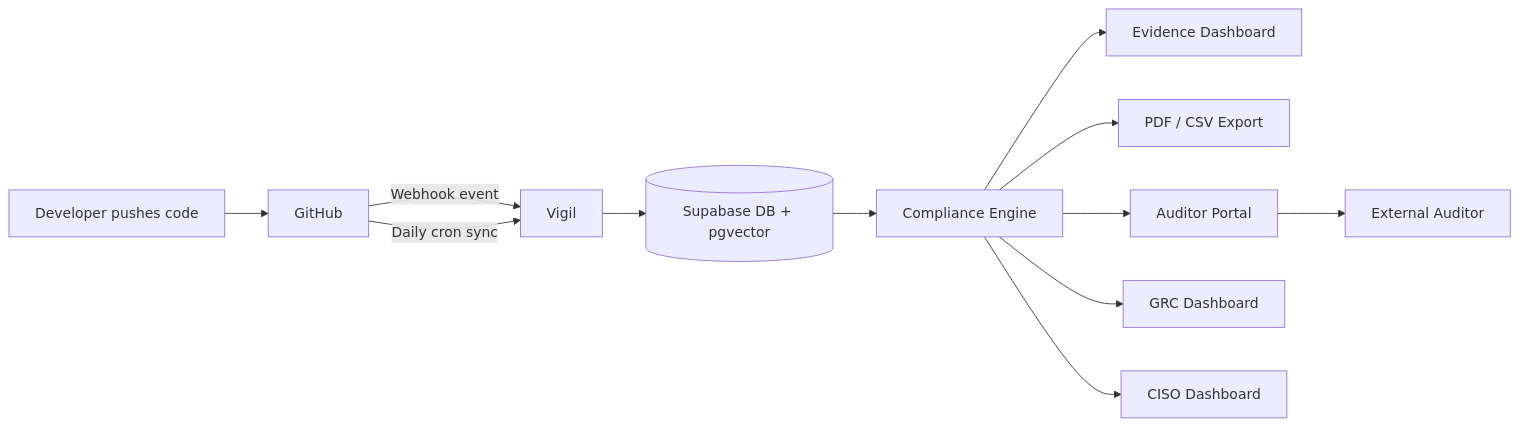
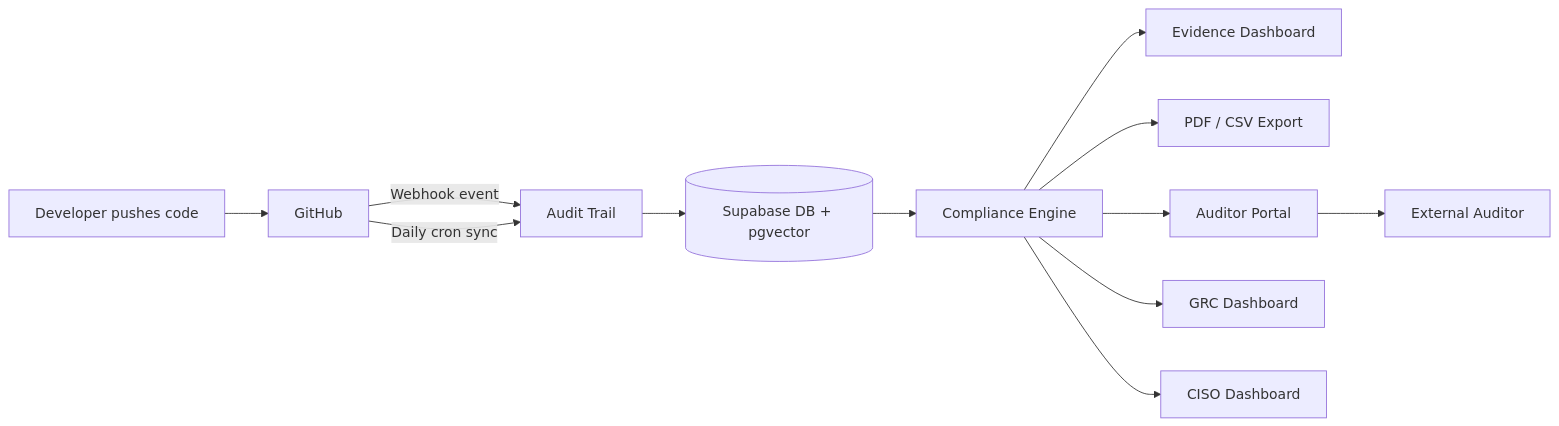
Before and after one commit to JohnJohnW/audittrail-dev: the diagram in README.md, drawn with Mermaid. The commit also changed other lines of this file and 35 other files, not shown here.

First line of the commit message:
Rebrand: Vigil Sec → Audit Trail, domain → audit-trail.net

````diff
--- a/README.md
+++ b/README.md
@@ -36,14 +36,14 @@
 ```mermaid
 flowchart LR
     A[Developer pushes code] --> B[GitHub]
-    B -->|Webhook event| C[Vigil]
+    B -->|Webhook event| C[Audit Trail]
     B -->|Daily cron sync| C
     C --> D[(Supabase DB + pgvector)]
     D --> E[Compliance Engine]
     E --> F[Evidence Dashboard]
     E --> G[PDF / CSV Export]
     E --> H[Auditor Portal]
     E --> I[GRC Dashboard]
     E --> J[CISO Dashboard]
     H --> K[External Auditor]
 ```
````
